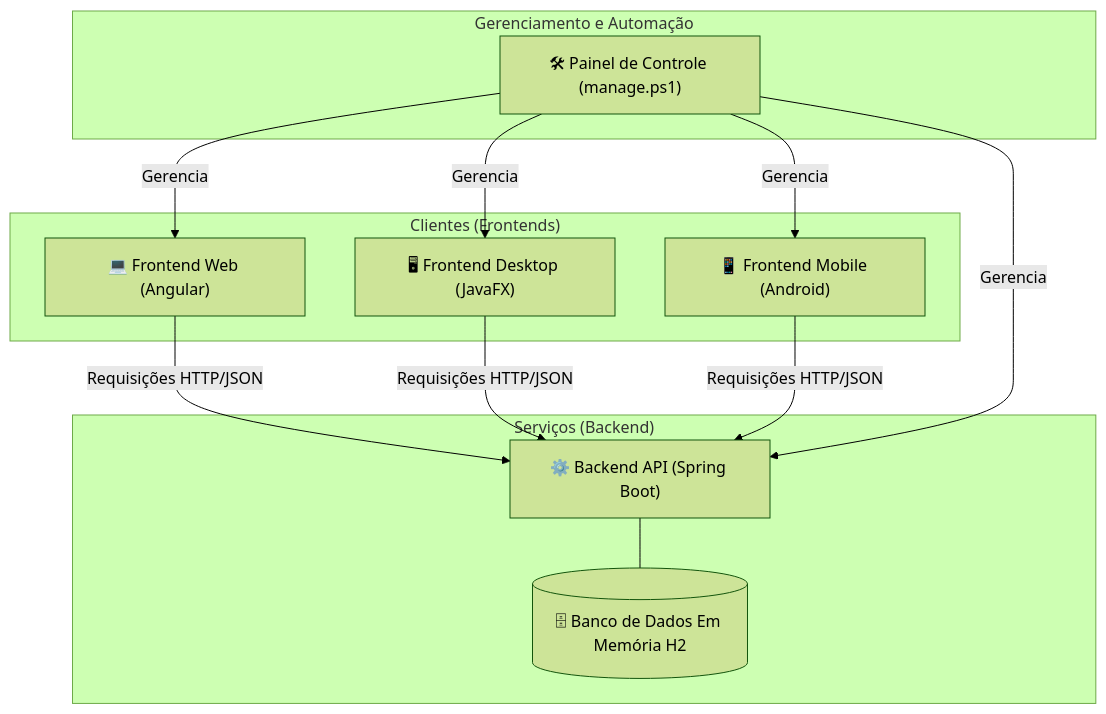
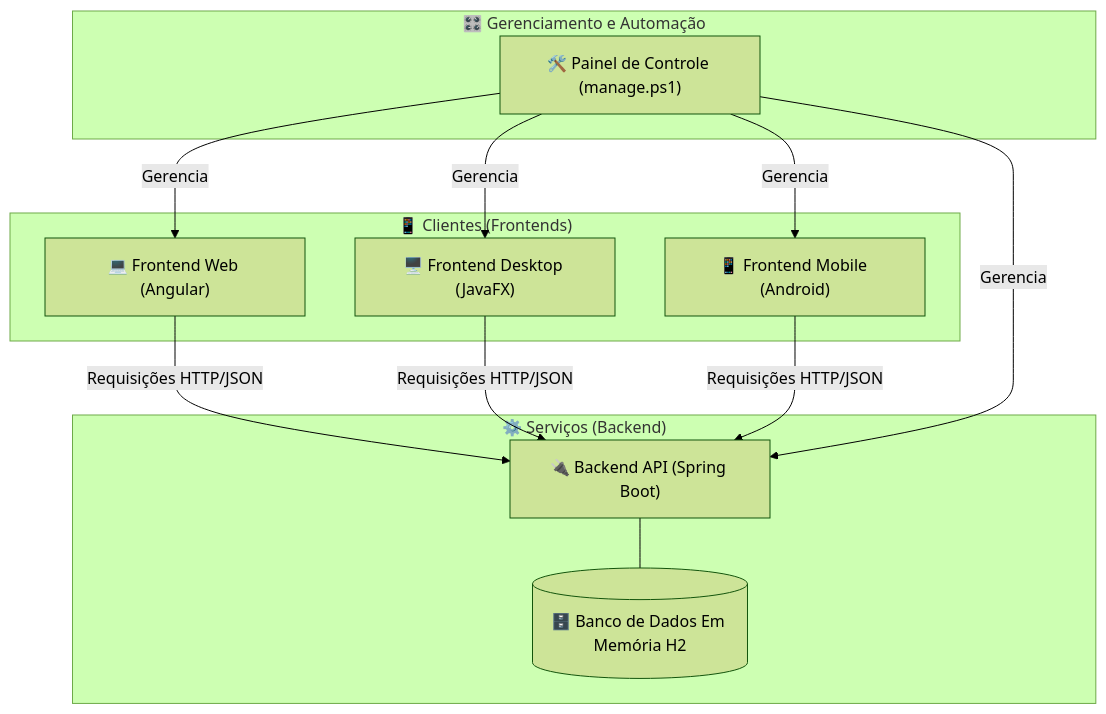
Before and after one commit to ricardotecpro/ads_proj_aplicacao_full_stack: the first of 6 diagrams in README.md, drawn with Mermaid (forest theme). The commit also changed other lines of this file and 7 other files, not shown here.

First line of the commit message:
feat: Refactor full stack task list application architecture

````diff
--- a/README.md
+++ b/README.md
@@ -16,30 +16,30 @@
 ```mermaid
 graph TD
-    subgraph "Gerenciamento e Automação"
-        Script["🛠 Painel de Controle (manage.ps1)"]
+    subgraph "🎛️ Gerenciamento e Automação"
+        Script["🛠️ Painel de Controle (manage.ps1)"]
     end
 
-    subgraph "Clientes (Frontends)"
+    subgraph "📱 Clientes (Frontends)"
         Web["💻 Frontend Web (Angular)"]
-        Desktop["🖥 Frontend Desktop (JavaFX)"]
+        Desktop["🖥️ Frontend Desktop (JavaFX)"]
         Mobile["📱 Frontend Mobile (Android)"]
     end
 
-    subgraph "Serviços (Backend)"
-        API["⚙️ Backend API (Spring Boot)"]
-        DB[("🗄 Banco de Dados Em Memória H2")]
+    subgraph "⚙️ Serviços (Backend)"
+        API["🔌 Backend API (Spring Boot)"]
+        DB[("🗄️ Banco de Dados Em Memória H2")]
     end
 
     %% Conexões de Dados
     Web -->|Requisições HTTP/JSON| API
     Desktop -->|Requisições HTTP/JSON| API
     Mobile -->|Requisições HTTP/JSON| API
     API --- DB
 
     %% Conexões de Gerenciamento
     Script -- Gerencia --> API
     Script -- Gerencia --> Web
     Script -- Gerencia --> Desktop
     Script -- Gerencia --> Mobile
 
 ```
````
